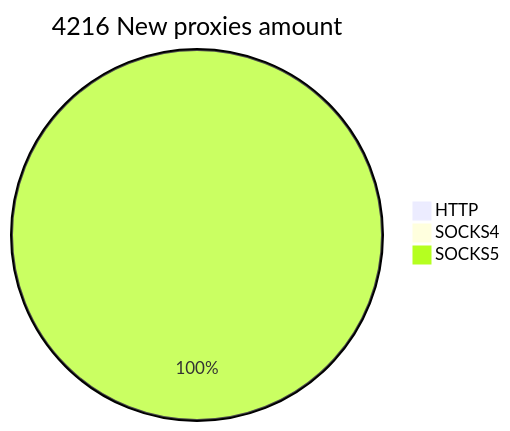
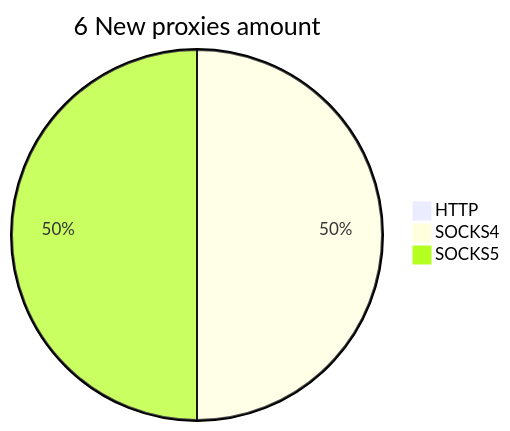
One commit to cutipu/proxylist changed the second of 2 diagrams in README.md. Above: the diagram before and after it, drawn with Mermaid. The commit also changed other lines of this file, not shown here.

````diff
--- a/README.md
+++ b/README.md
@@ -10,6 +10,6 @@
 ```mermaid
-pie title 4216 New proxies amount
+pie title 6 New proxies amount
     "HTTP" : 0
-    "SOCKS4" : 0
-    "SOCKS5" : 4353
+    "SOCKS4" : 3
+    "SOCKS5" : 3
 ```
````
